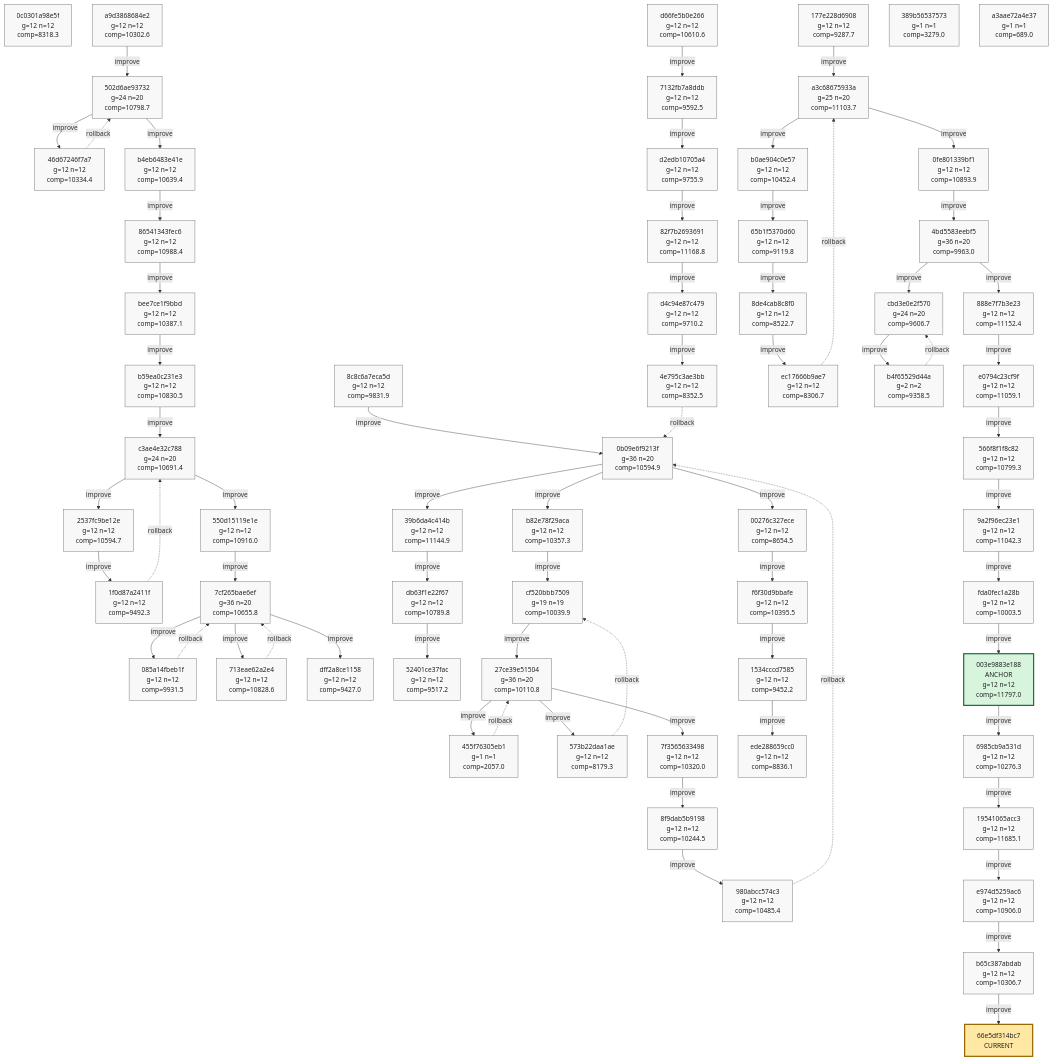
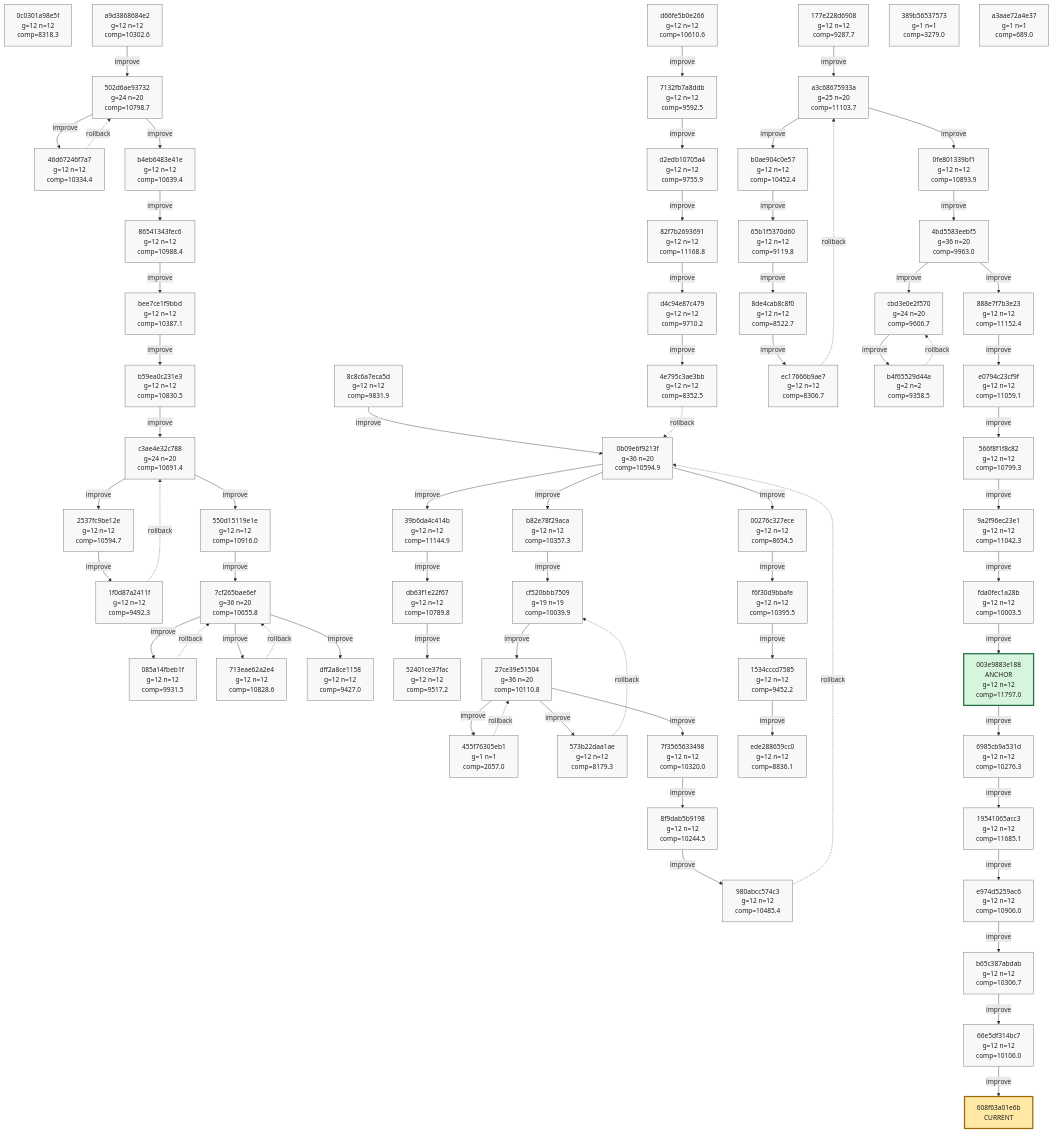
Before and after one commit to azumag/soviet_now: the tenth of 10 diagrams in phyrogenetic-tree.md, drawn with Mermaid. The commit also changed other lines of this file and 2 other files, not shown here.

Commit message:
eloop Improve after 12 games (scores: 10994 10103 11330 4162 17101 7372 9284 17765 8009 10684 14356 11813)

````diff
--- a/phyrogenetic-tree.md
+++ b/phyrogenetic-tree.md
@@ -2590,9 +2588,10 @@
     h_19541065acc3["19541065acc3<br/>g=12 n=12<br/>comp=11685.1"]
     h_e974d5259ac6["e974d5259ac6<br/>g=12 n=12<br/>comp=10906.0"]
     h_b65c387abdab["b65c387abdab<br/>g=12 n=12<br/>comp=10306.7"]
+    h_66e5df314bc7["66e5df314bc7<br/>g=12 n=12<br/>comp=10106.0"]
     h_389b56537573["389b56537573<br/>g=1 n=1<br/>comp=3279.0"]
     h_a3aae72a4e37["a3aae72a4e37<br/>g=1 n=1<br/>comp=689.0"]
-    h_66e5df314bc7["66e5df314bc7<br/>CURRENT"]
+    h_608f63a01e6b["608f63a01e6b<br/>CURRENT"]
 
     h_a9d3868684e2 -->|improve| h_502d6ae93732
     h_502d6ae93732 -->|improve| h_46d67246f7a7
@@ -2659,6 +2658,7 @@
     h_19541065acc3 -->|improve| h_e974d5259ac6
     h_e974d5259ac6 -->|improve| h_b65c387abdab
     h_b65c387abdab -->|improve| h_66e5df314bc7
+    h_66e5df314bc7 -->|improve| h_608f63a01e6b
 
     classDef plain fill:#f8f8f8,stroke:#666,stroke-width:1px,color:#222;
     classDef current fill:#ffe8a3,stroke:#9a6700,stroke-width:3px,color:#222;
@@ -2724,7 +2724,8 @@
     class h_19541065acc3 plain;
     class h_e974d5259ac6 plain;
     class h_b65c387abdab plain;
+    class h_66e5df314bc7 plain;
     class h_389b56537573 plain;
     class h_a3aae72a4e37 plain;
-    class h_66e5df314bc7 current;
+    class h_608f63a01e6b current;
 ```
````
